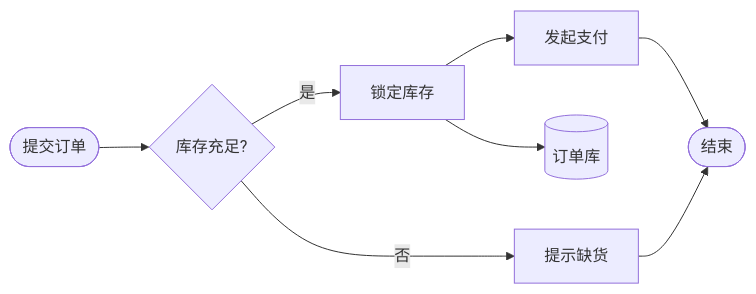
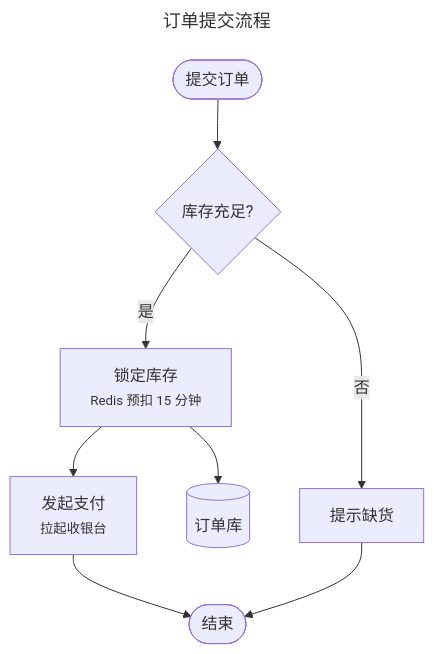
Before and after one commit to huang-hee/diagram-kit: the first of 8 diagrams in references/types-flow.md, drawn with Mermaid. The commit also changed other lines of this file and 248 other files, not shown here.

First line of the commit message:
feat: 示例按统一风格重做，补齐 42 张 drawio 整图示例，默认工具改为 drawio

````diff
--- a/references/types-flow.md
+++ b/references/types-flow.md
@@ -28,10 +28,13 @@
 ```mermaid
-flowchart LR
+---
+title: 订单提交流程
+---
+flowchart TB
   A([提交订单]):::startend --> B{库存充足?}:::decision
+  B -- 是 --> C["锁定库存<br><small>Redis 预扣 15 分钟</small>"]:::process
   B -- 否 --> X[提示缺货]:::error
-  B -- 是 --> C[锁定库存]:::process
+  C --> E["发起支付<br><small>拉起收银台</small>"]:::key
   C --> D[(订单库)]:::data
-  C --> E[发起支付]:::key
   E --> Z([结束]):::startend
   X --> Z
 ```
````
